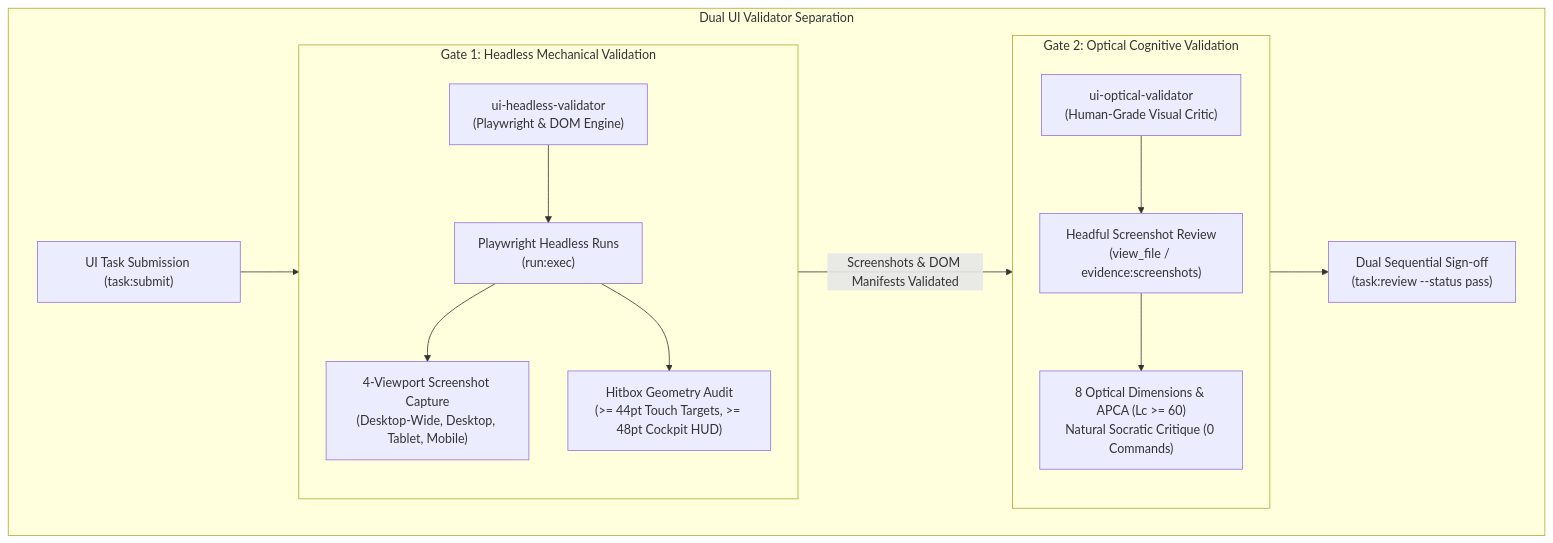
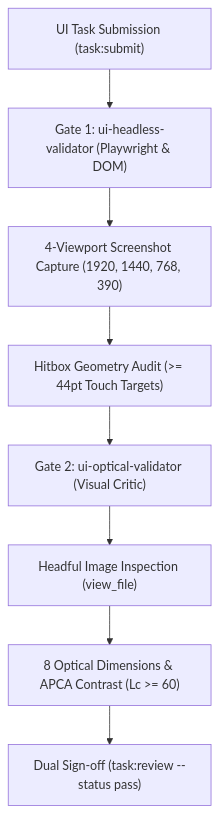
The third of 3 diagrams in docs/book/08-verification-and-socratic-gating.md (onurseckin/skills), drawn with Mermaid before and after one commit. The commit also changed other lines of this file and 406 other files, not shown here.

Commit message:
feat(domains): complete 20-domain hardening and socratic validation convergence

````diff
--- a/docs/book/08-verification-and-socratic-gating.md
+++ b/docs/book/08-verification-and-socratic-gating.md
@@ -97,32 +97,13 @@
 ```mermaid
 graph TD
-    subgraph UI Pipeline ["Dual UI Validator Separation"]
-        Submit["UI Task Submission (task:submit)"]
+    Submit["UI Task Submission (task:submit)"]
+    HV["Gate 1: ui-headless-validator (Playwright & DOM)"]
+    PW["4-Viewport Screenshot Capture (1920, 1440, 768, 390)"]
+    Hitbox["Hitbox Geometry Audit (>= 44pt Touch Targets)"]
+    OV["Gate 2: ui-optical-validator (Visual Critic)"]
+    View["Headful Image Inspection (view_file)"]
+    Optical["8 Optical Dimensions & APCA Contrast (Lc >= 60)"]
+    Review["Dual Sign-off (task:review --status pass)"]
 
-        subgraph Gate1 ["Gate 1: Headless Mechanical Validation"]
-            HV["ui-headless-validator<br/>(Playwright & DOM Engine)"]
-            PW["Playwright Headless Runs<br/>(run:exec)"]
-            Captures["4-Viewport Screenshot Capture<br/>(Desktop-Wide, Desktop, Tablet, Mobile)"]
-            Hitbox["Hitbox Geometry Audit<br/>(>= 44pt Touch Targets, >= 48pt Cockpit HUD)"]
-
-            HV --> PW
-            PW --> Captures
-            PW --> Hitbox
-        end
-
-        subgraph Gate2 ["Gate 2: Optical Cognitive Validation"]
-            OV["ui-optical-validator<br/>(Human-Grade Visual Critic)"]
-            View["Headful Screenshot Review<br/>(view_file / evidence:screenshots)"]
-            Optical["8 Optical Dimensions & APCA (Lc >= 60)<br/>Natural Socratic Critique (0 Commands)"]
-
-            OV --> View
-            View --> Optical
-        end
-
-        Review["Dual Sequential Sign-off<br/>(task:review --status pass)"]
-
-        Submit --> Gate1
-        Gate1 -->|Screenshots & DOM Manifests Validated| Gate2
-        Gate2 --> Review
-    end
+    Submit --> HV --> PW --> Hitbox --> OV --> View --> Optical --> Review
 ```
````
